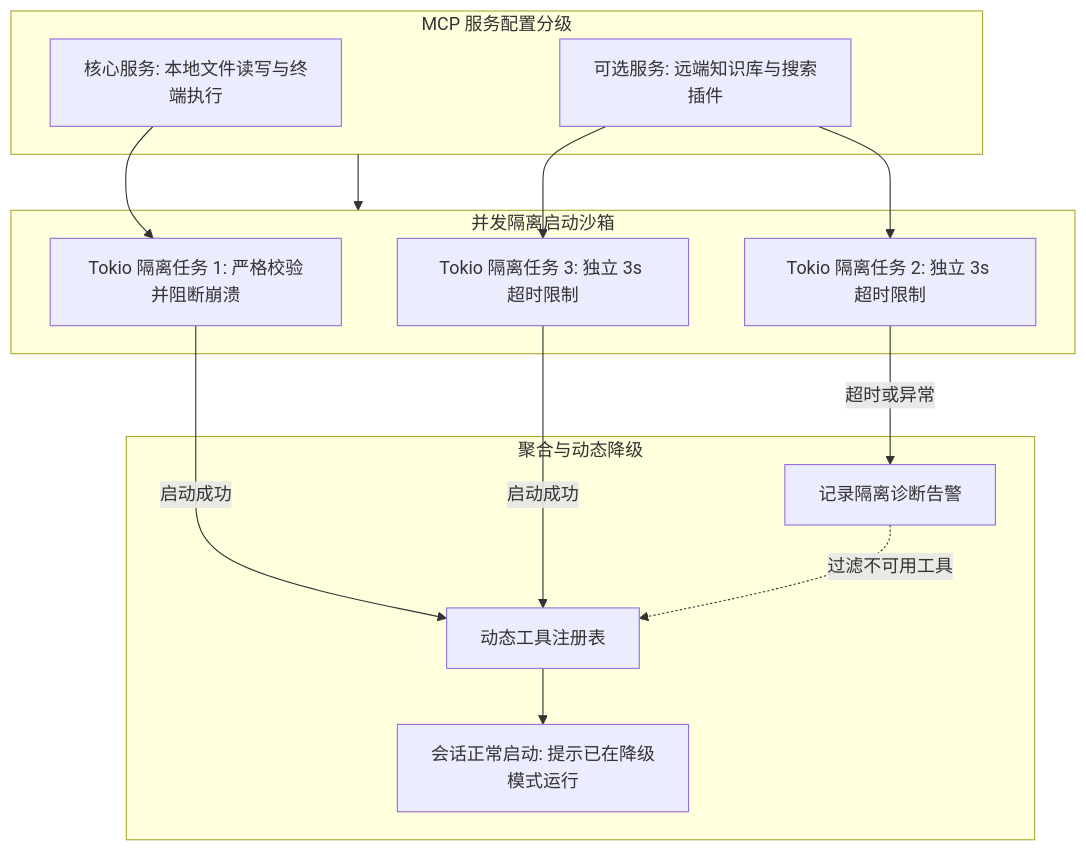
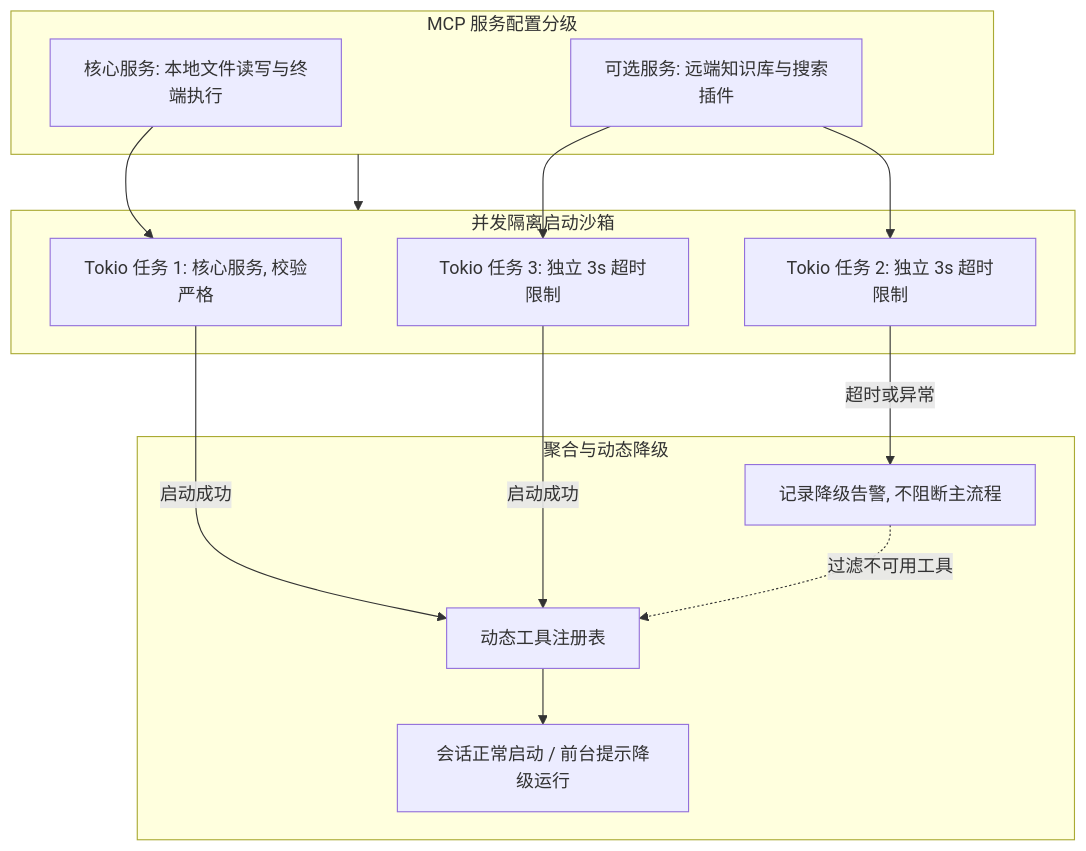
Before and after one commit to ferstar/blog: the diagram in content/posts/mcp-server-startup-isolation-and-graceful-degradation.md, drawn with Mermaid. The commit also changed other lines of this file and 9 other files, not shown here.

```diff
--- a/content/posts/mcp-server-startup-isolation-and-graceful-degradation.md
+++ b/content/posts/mcp-server-startup-isolation-and-graceful-degradation.md
@@ -22,23 +22,23 @@
 {{< mermaid >}}
 flowchart TD
   subgraph Config[MCP 服务配置分级]
     C1[核心服务: 本地文件读写与终端执行]
     C2[可选服务: 远端知识库与搜索插件]
   end
 
   subgraph Startup[并发隔离启动沙箱]
-    C1 --> T1[Tokio 隔离任务 1: 严格校验并阻断崩溃]
-    C2 --> T2[Tokio 隔离任务 2: 独立 3s 超时限制]
-    C2 --> T3[Tokio 隔离任务 3: 独立 3s 超时限制]
+    C1 --> T1[Tokio 任务 1: 核心服务, 校验严格]
+    C2 --> T2[Tokio 任务 2: 独立 3s 超时限制]
+    C2 --> T3[Tokio 任务 3: 独立 3s 超时限制]
   end
 
   subgraph Outcome[聚合与动态降级]
     T1 -->|启动成功| R[动态工具注册表]
-    T2 -->|超时或异常| D[记录隔离诊断告警]
+    T2 -->|超时或异常| D[记录降级告警, 不阻断主流程]
     T3 -->|启动成功| R
     D -.->|过滤不可用工具| R
-    R --> S[会话正常启动: 提示已在降级模式运行]
+    R --> S[会话正常启动 / 前台提示降级运行]
   end
 
   Config --> Startup
 {{< /mermaid >}}
```
